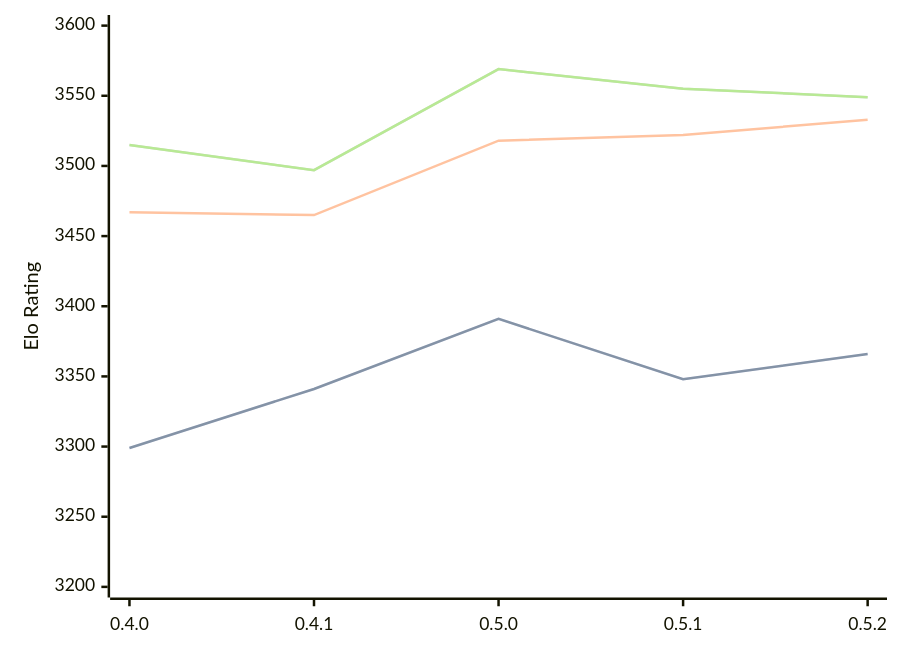
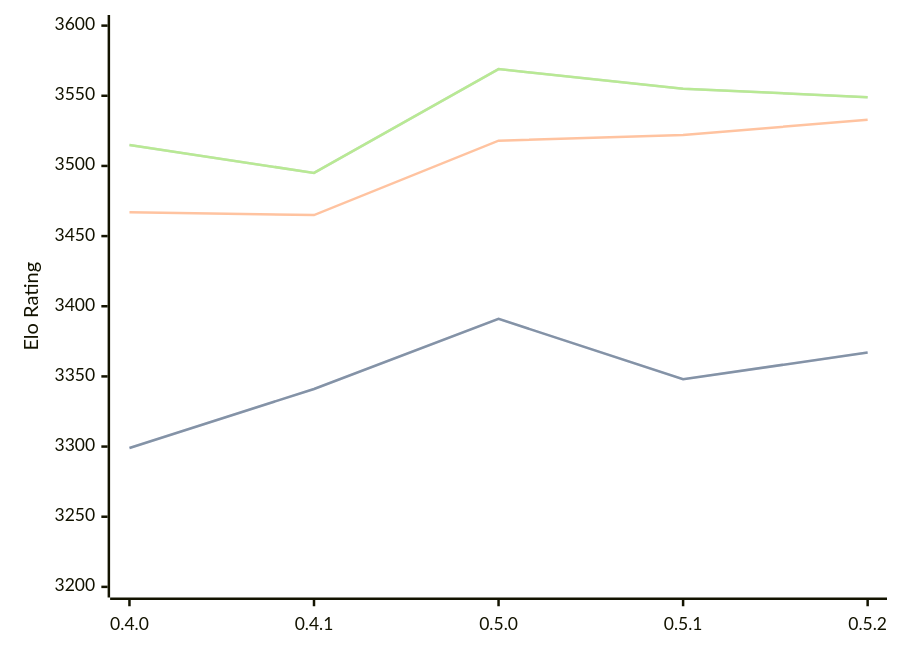
Before and after one commit to computer-chess-index/cci: the diagram in engines/Cinder.md, drawn with Mermaid. The commit also changed other lines of this file, not shown here.

Commit message:
Update CCI Ratings (ELO VLTC) - 2026-08-07

````diff
--- a/engines/Cinder.md
+++ b/engines/Cinder.md
@@ -36,11 +36,11 @@
 ```mermaid
 %%{init: {"theme":"base","themeVariables":{"seriesColors:['#a3a3a3','#222221','#faa371']}}}%%
 xychart-beta
   x-axis ["0.4.0", "0.4.1", "0.5.0", "0.5.1", "0.5.2"]
   y-axis "Elo Rating" 3200 --> 3600
-  line "STC (8.0+0.08s)" [3299, 3341, 3391, 3348, 3366]
-  line "STC (8.0+0.08s)" [3299, 3341, 3391, 3348, 3366]
+  line "STC (8.0+0.08s)" [3299, 3341, 3391, 3348, 3367]
+  line "STC (8.0+0.08s)" [3299, 3341, 3391, 3348, 3367]
   line "LTC (60.0+0.60s)" [3467, 3465, 3518, 3522, 3533]
-  line "VLTC (2m24s+1.12s)" [3515, 3497, 3569, 3555, 3549]
-  line "VLTC (2m24s+1.12s)" [3515, 3497, 3569, 3555, 3549]
+  line "VLTC (2m24s+1.12s)" [3515, 3495, 3569, 3555, 3549]
+  line "VLTC (2m24s+1.12s)" [3515, 3495, 3569, 3555, 3549]
 ```
````
